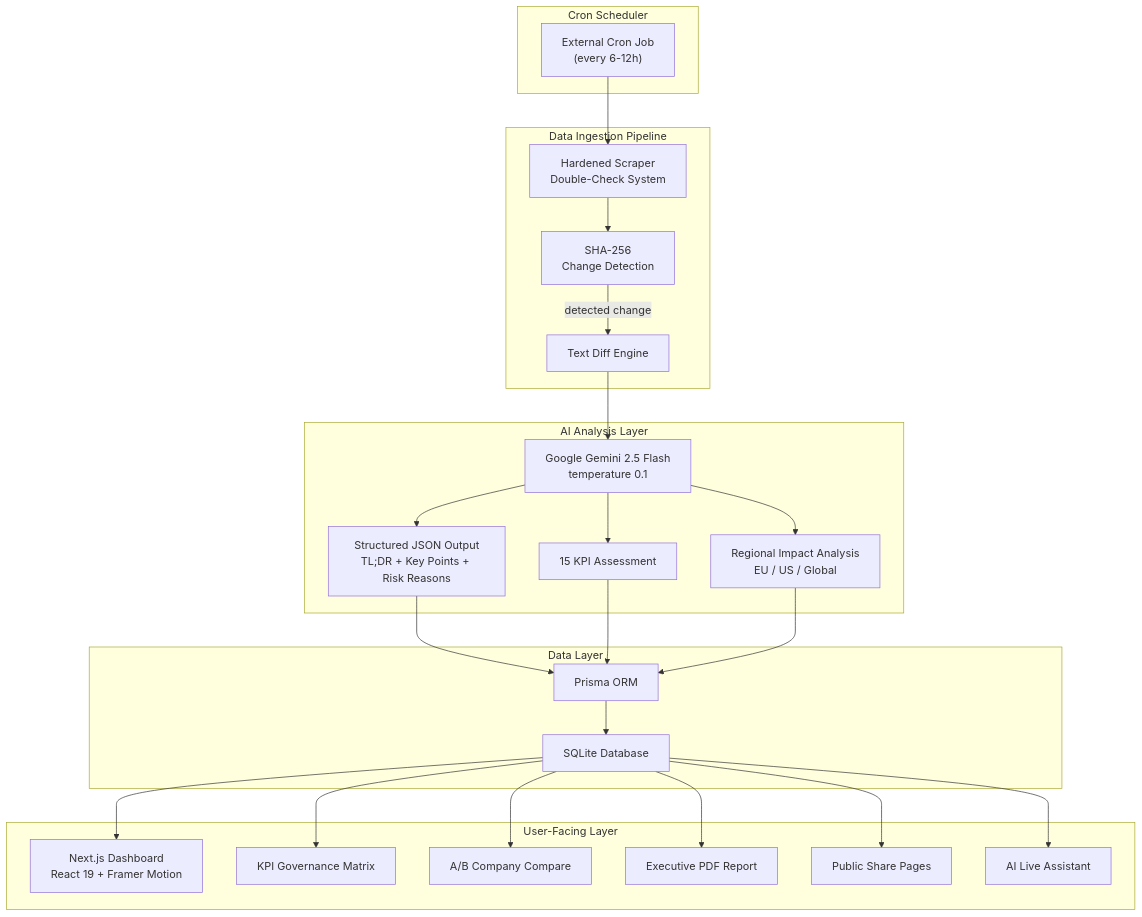
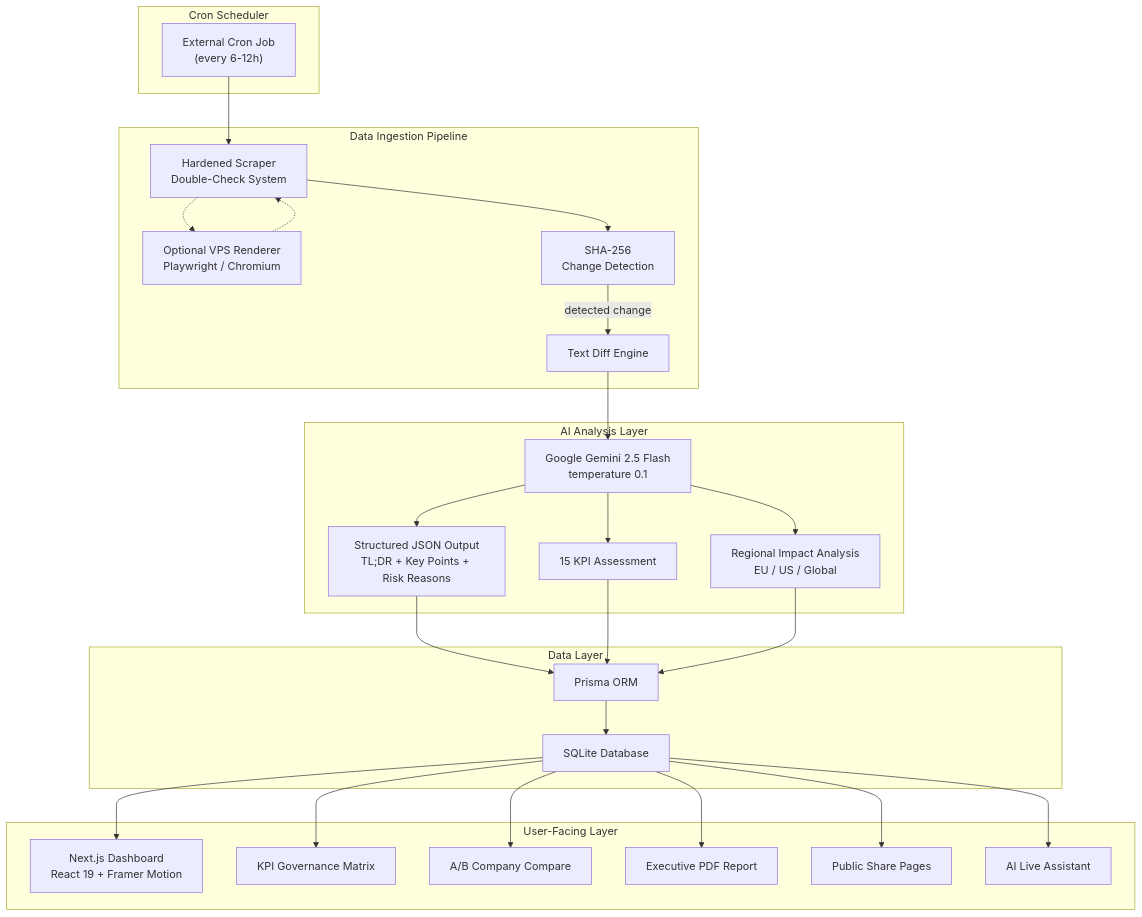
One commit to sev7enITA/policywatcher changed the first of 4 diagrams in README.md. Above: the diagram before and after it, drawn with Mermaid. The commit also changed other lines of this file and 143 other files, not shown here.

````diff
--- a/README.md
+++ b/README.md
@@ -95,42 +103,45 @@
 ```mermaid
 flowchart TB
     subgraph Scheduling["Cron Scheduler"]
         CRON["External Cron Job<br/>(every 6-12h)"]
     end
 
     subgraph Ingestion["Data Ingestion Pipeline"]
         SCRAPER["Hardened Scraper<br/>Double-Check System"]
+        RENDERER["Optional VPS Renderer<br/>Playwright / Chromium"]
         HASH["SHA-256<br/>Change Detection"]
         DIFF["Text Diff Engine"]
     end
 
     subgraph AI["AI Analysis Layer"]
         GEMINI["Google Gemini 2.5 Flash<br/>temperature 0.1"]
         STRUCT["Structured JSON Output<br/>TL;DR + Key Points + Risk Reasons"]
         KPI["15 KPI Assessment"]
         REGION["Regional Impact Analysis<br/>EU / US / Global"]
     end
 
     subgraph Storage["Data Layer"]
         PRISMA["Prisma ORM"]
         SQLITE["SQLite Database"]
     end
 
     subgraph Delivery["User-Facing Layer"]
         DASH["Next.js Dashboard<br/>React 19 + Framer Motion"]
         MATRIX["KPI Governance Matrix"]
         COMPARE["A/B Company Compare"]
         PDF["Executive PDF Report"]
         SHARE["Public Share Pages"]
         CHAT["AI Live Assistant"]
     end
 
     CRON --> SCRAPER
+    SCRAPER -.-> RENDERER
+    RENDERER -.-> SCRAPER
     SCRAPER --> HASH
     HASH -->|detected change| DIFF
     DIFF --> GEMINI
     GEMINI --> STRUCT & KPI & REGION
     STRUCT & KPI & REGION --> PRISMA
     PRISMA --> SQLITE
     SQLITE --> DASH & MATRIX & COMPARE & PDF & SHARE & CHAT
 ```
````
